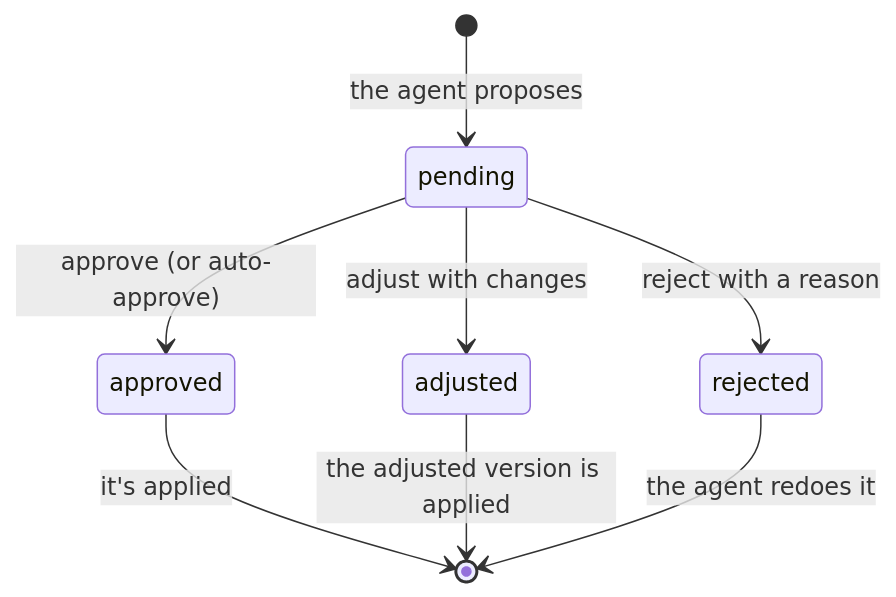
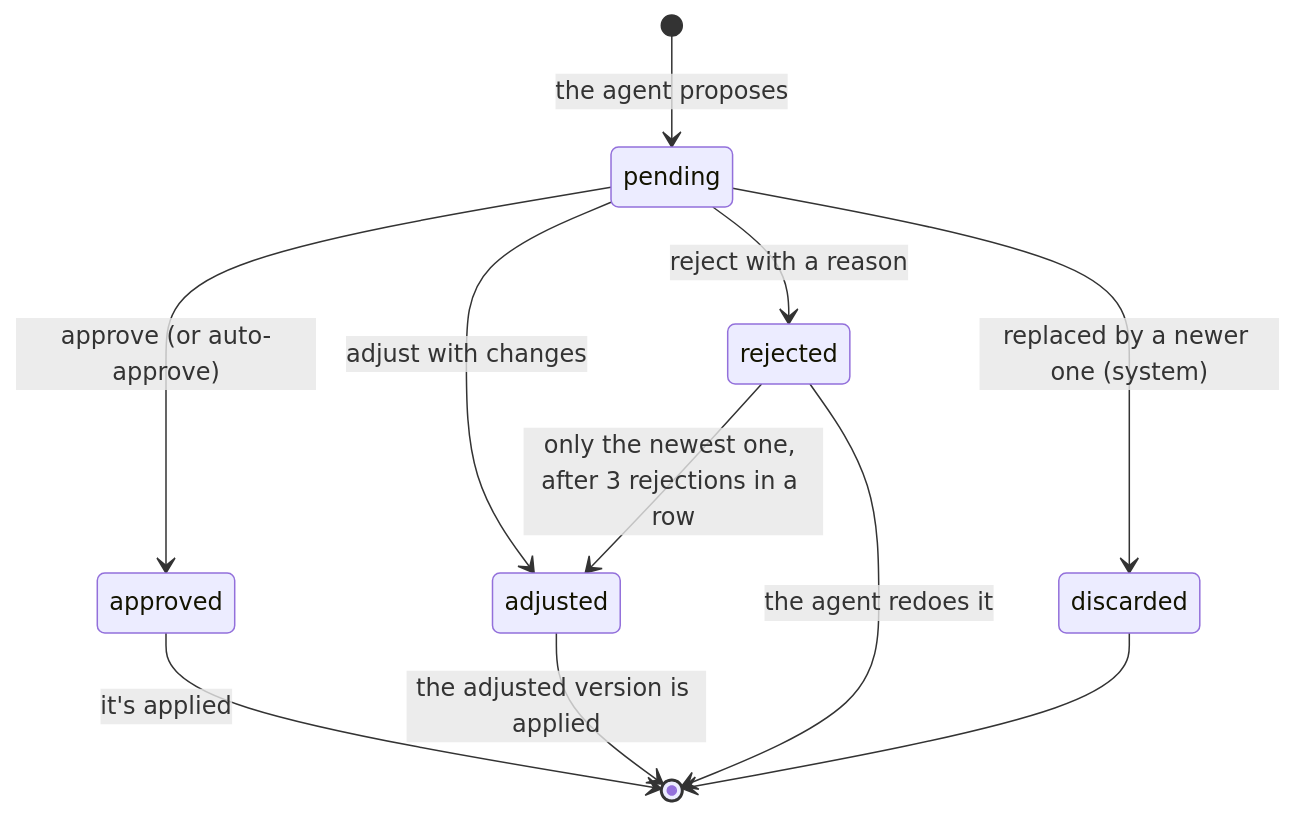
Before and after one commit to Mitchz01/TransparencIA: the third of 18 diagrams in plan/use-cases.md, drawn with Mermaid. The commit also changed other lines of this file and 4 other files, not shown here.

````diff
--- a/plan/use-cases.md
+++ b/plan/use-cases.md
@@ -122,10 +122,13 @@
 ```mermaid
 stateDiagram-v2
     [*] --> pending: the agent proposes
     pending --> approved: approve (or auto-approve)
     pending --> adjusted: adjust with changes
     pending --> rejected: reject with a reason
+    pending --> discarded: replaced by a newer one (system)
+    rejected --> adjusted: only the newest one, after 3 rejections in a row
     approved --> [*]: it's applied
     adjusted --> [*]: the adjusted version is applied
     rejected --> [*]: the agent redoes it
+    discarded --> [*]
 ```
````
